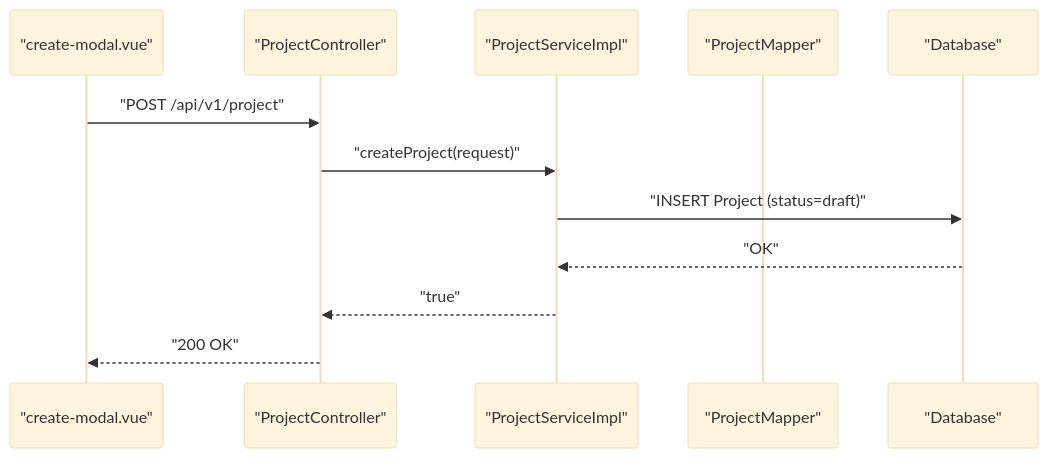
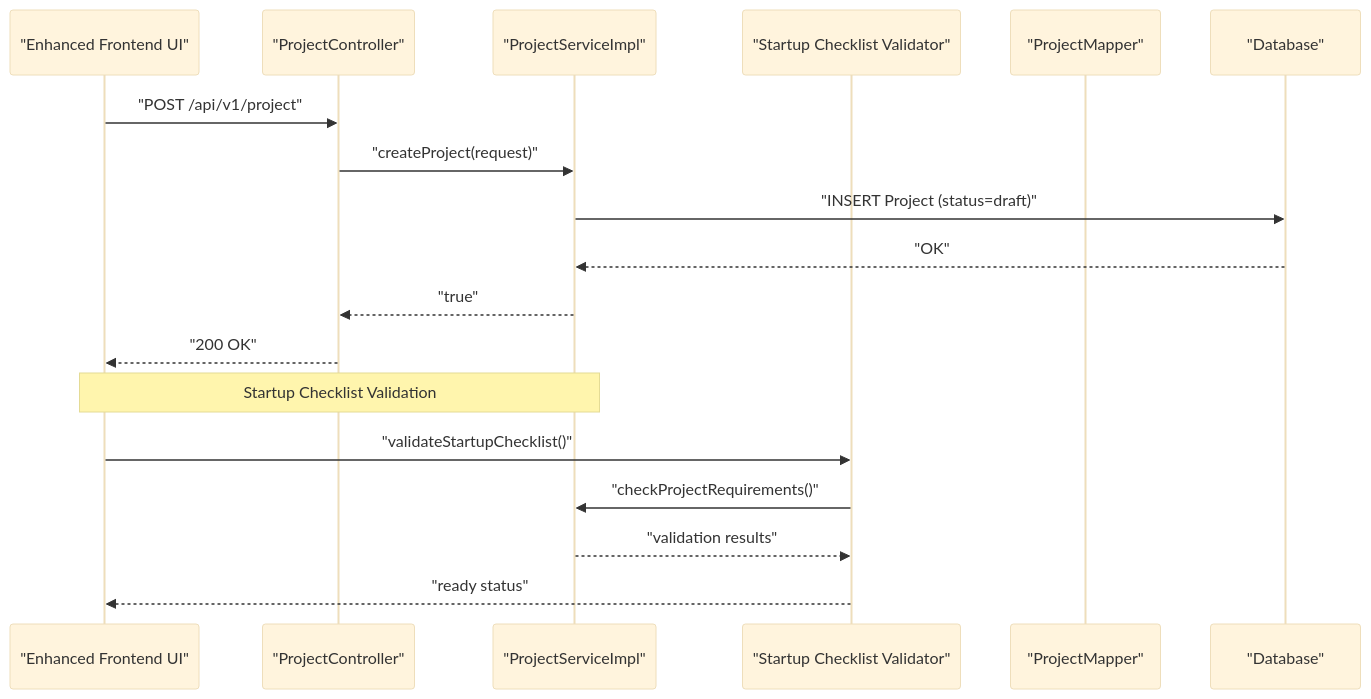
The second of 7 diagrams in .qoder/repowiki/en/content/Project & Task Management/Project Lifecycle Management.md (bo961386926/Survey-App), drawn with Mermaid (base theme) before and after one commit. The commit also changed other lines of this file and 7 other files, not shown here.

````diff
--- a/.qoder/repowiki/en/content/Project & Task Management/Project Lifecycle Management.md
+++ b/.qoder/repowiki/en/content/Project & Task Management/Project Lifecycle Management.md
@@ -109,14 +126,20 @@
 ```mermaid
 sequenceDiagram
-participant UI as "create-modal.vue"
+participant UI as "Enhanced Frontend UI"
 participant API as "ProjectController"
 participant SVC as "ProjectServiceImpl"
+participant VALID as "Startup Checklist Validator"
 participant MAP as "ProjectMapper"
 participant DB as "Database"
 UI->>API : "POST /api/v1/project"
 API->>SVC : "createProject(request)"
 SVC->>DB : "INSERT Project (status=draft)"
 DB-->>SVC : "OK"
 SVC-->>API : "true"
 API-->>UI : "200 OK"
+Note over UI,SVC : Startup Checklist Validation
+UI->>VALID : "validateStartupChecklist()"
+VALID->>SVC : "checkProjectRequirements()"
+SVC-->>VALID : "validation results"
+VALID-->>UI : "ready status"
 ```
````
